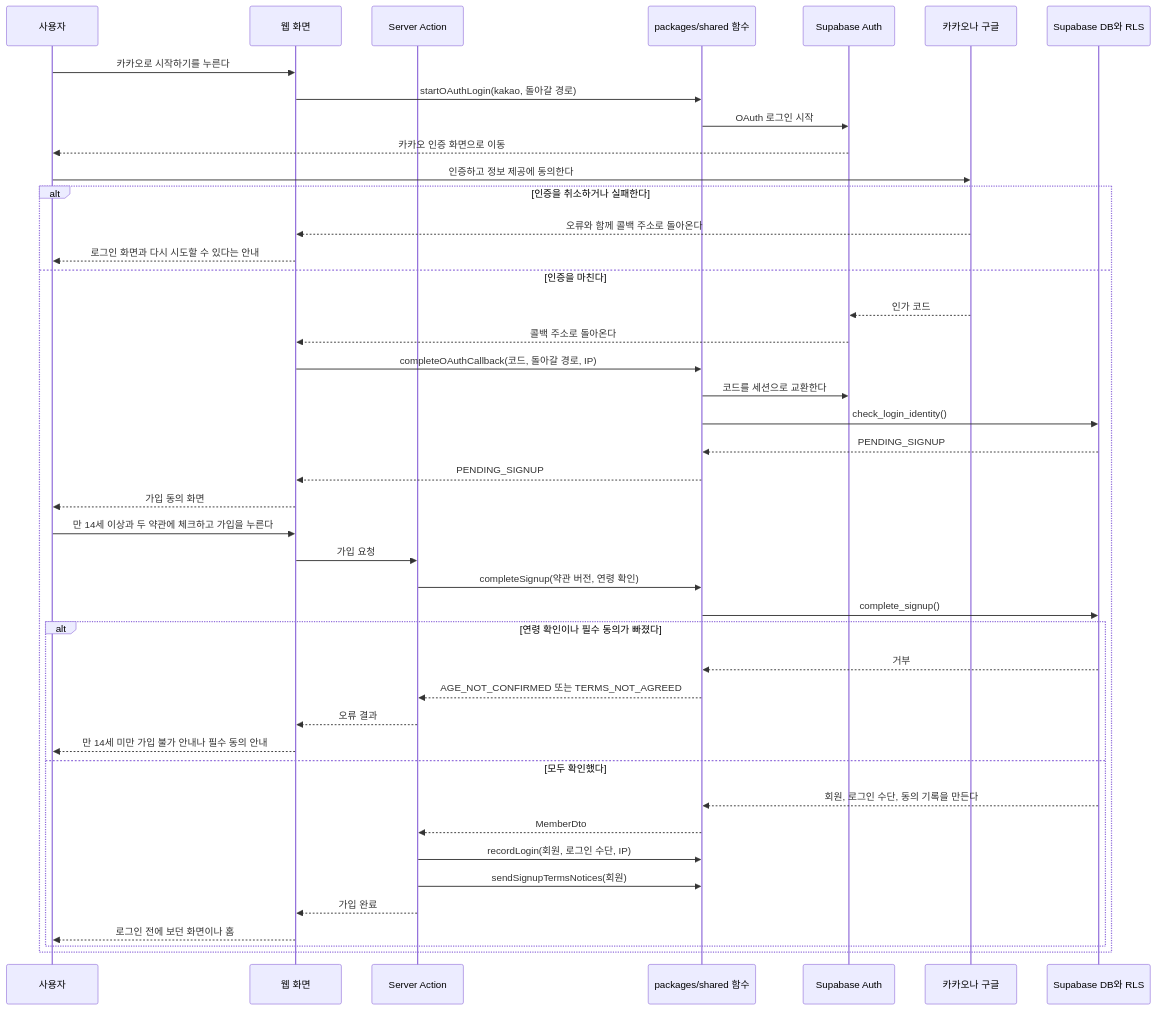
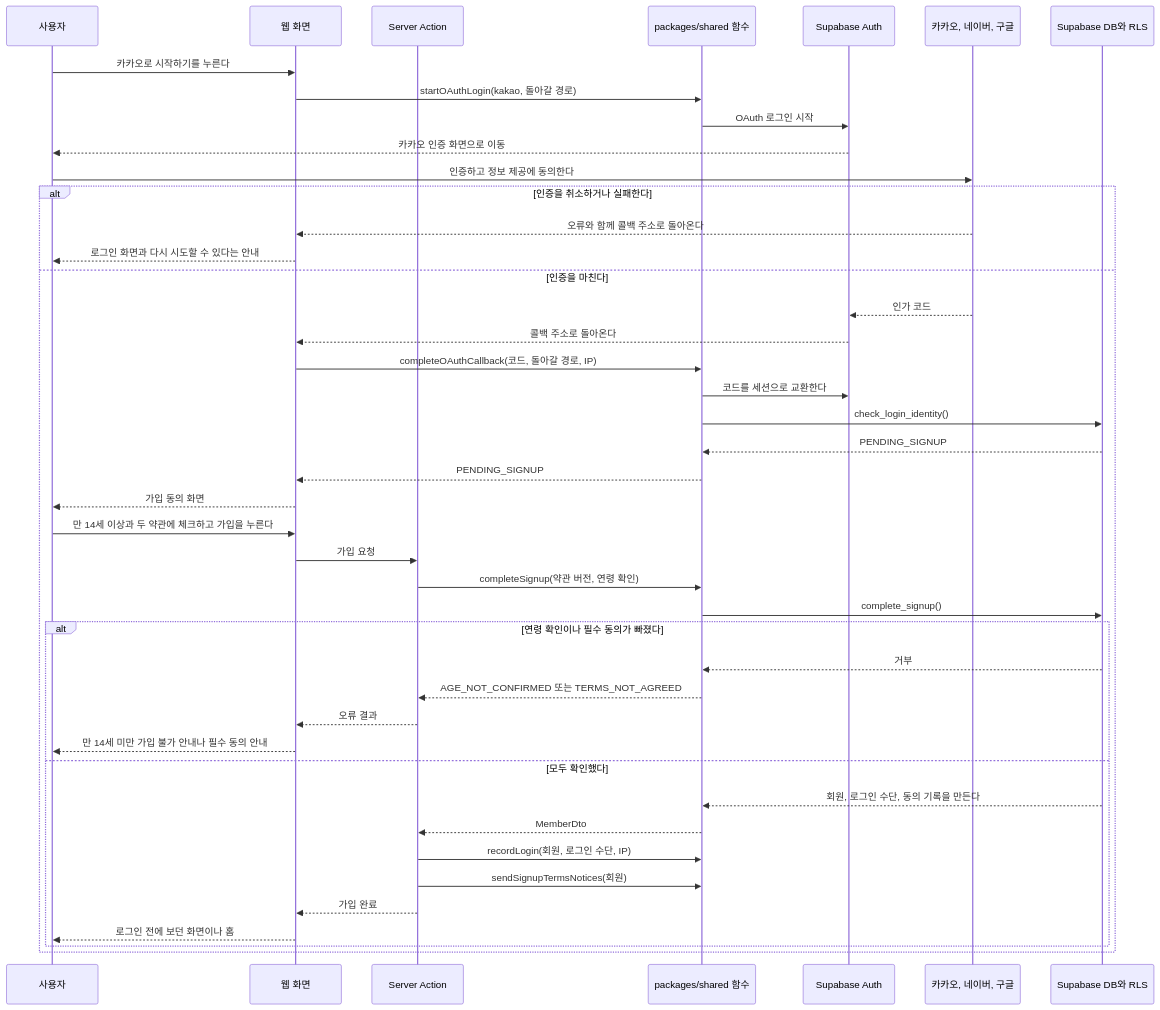
One commit to god3v/hamtteukka changed the first of 10 diagrams in docs/specs/001-account/design/sequence.md. Above: the diagram before and after it, drawn with Mermaid. The commit also changed other lines of this file and 15 other files, not shown here.

````diff
--- a/docs/specs/001-account/design/sequence.md
+++ b/docs/specs/001-account/design/sequence.md
@@ -30,45 +31,45 @@
 ```mermaid
 sequenceDiagram
   participant User as 사용자
   participant Web as 웹 화면
   participant Action as Server Action
   participant Shared as packages/shared 함수
   participant Auth as Supabase Auth
-  participant Provider as 카카오나 구글
+  participant Provider as 카카오, 네이버, 구글
   participant DB as Supabase DB와 RLS
   User->>Web: 카카오로 시작하기를 누른다
   Web->>Shared: startOAuthLogin(kakao, 돌아갈 경로)
   Shared->>Auth: OAuth 로그인 시작
   Auth-->>User: 카카오 인증 화면으로 이동
   User->>Provider: 인증하고 정보 제공에 동의한다
   alt 인증을 취소하거나 실패한다
     Provider-->>Web: 오류와 함께 콜백 주소로 돌아온다
     Web-->>User: 로그인 화면과 다시 시도할 수 있다는 안내
   else 인증을 마친다
     Provider-->>Auth: 인가 코드
     Auth-->>Web: 콜백 주소로 돌아온다
     Web->>Shared: completeOAuthCallback(코드, 돌아갈 경로, IP)
     Shared->>Auth: 코드를 세션으로 교환한다
     Shared->>DB: check_login_identity()
     DB-->>Shared: PENDING_SIGNUP
     Shared-->>Web: PENDING_SIGNUP
     Web-->>User: 가입 동의 화면
     User->>Web: 만 14세 이상과 두 약관에 체크하고 가입을 누른다
     Web->>Action: 가입 요청
     Action->>Shared: completeSignup(약관 버전, 연령 확인)
     Shared->>DB: complete_signup()
     alt 연령 확인이나 필수 동의가 빠졌다
       DB-->>Shared: 거부
       Shared-->>Action: AGE_NOT_CONFIRMED 또는 TERMS_NOT_AGREED
       Action-->>Web: 오류 결과
       Web-->>User: 만 14세 미만 가입 불가 안내나 필수 동의 안내
     else 모두 확인했다
       DB-->>Shared: 회원, 로그인 수단, 동의 기록을 만든다
       Shared-->>Action: MemberDto
       Action->>Shared: recordLogin(회원, 로그인 수단, IP)
       Action->>Shared: sendSignupTermsNotices(회원)
       Action-->>Web: 가입 완료
       Web-->>User: 로그인 전에 보던 화면이나 홈
     end
   end
 ```
````
